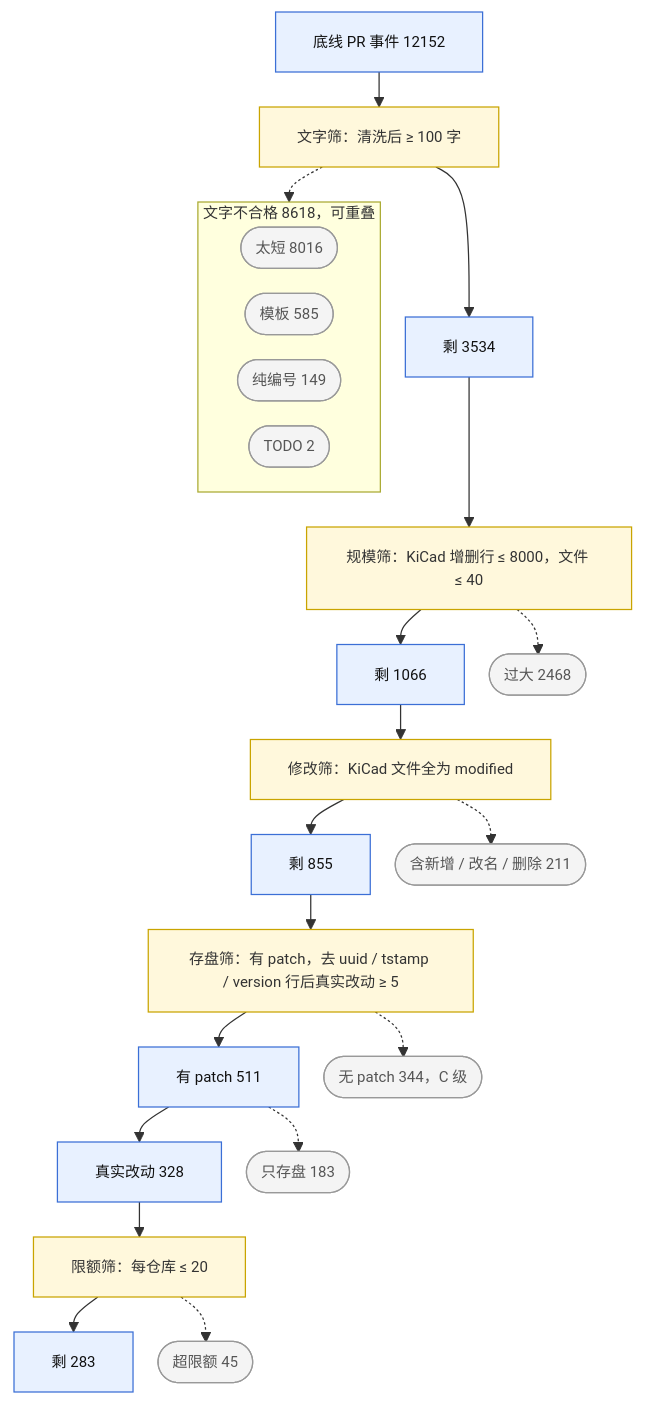
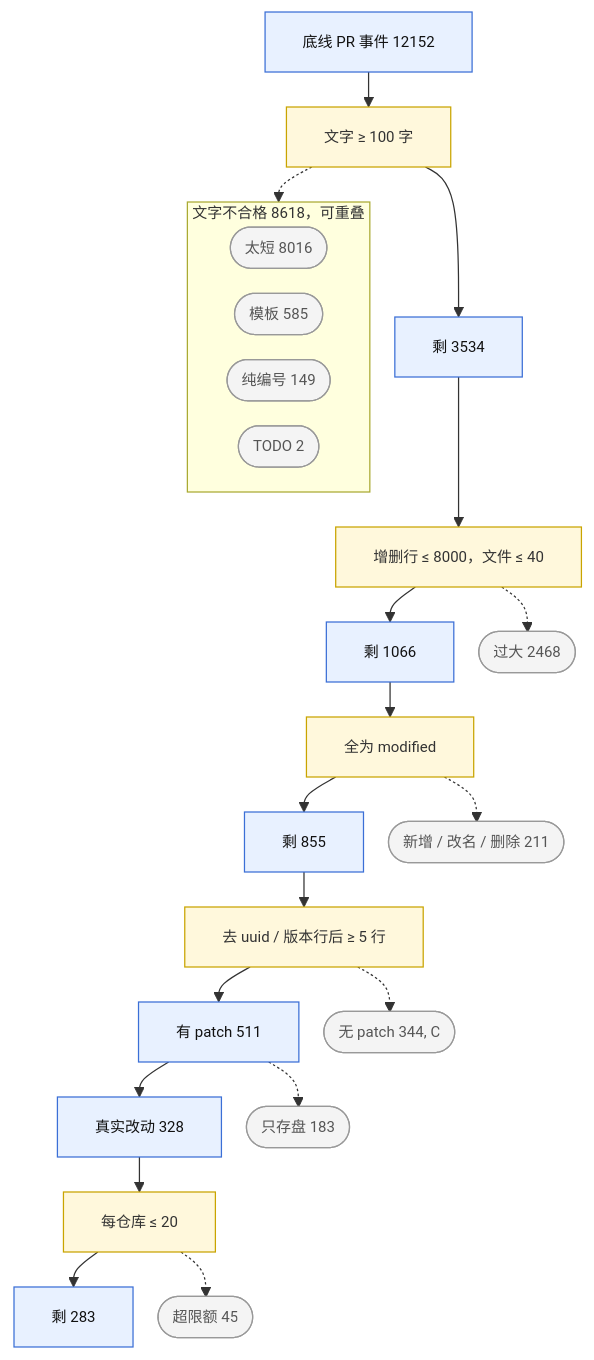
Before and after one commit to Xiafyjck/github_kicad_project_scout: the fourth of 5 diagrams in reports/progress_report.md, drawn with Mermaid. The commit also changed other lines of this file, not shown here.

Commit message:
reports: compress figure labels further

````diff
--- a/reports/progress_report.md
+++ b/reports/progress_report.md
@@ -214,36 +214,36 @@
 ```mermaid
 %%{init: {'themeVariables': {'fontSize': '12px'}, 'flowchart': {'nodeSpacing': 20, 'rankSpacing': 28}}}%%
 flowchart TB
     classDef exit fill:#f4f4f4,stroke:#999,color:#555
     classDef keep fill:#e8f1ff,stroke:#3b6fd6,color:#111
     classDef src fill:#f3e8ff,stroke:#7c4dbd,color:#111
     classDef rule fill:#fff8dc,stroke:#c9a400,color:#333
     classDef final fill:#e6f7e6,stroke:#2e8b57,color:#111
 
     P3[底线 PR 事件 12152]:::keep
-    P3 --> Rb[文字筛：清洗后 ≥ 100 字]:::rule
+    P3 --> Rb[文字 ≥ 100 字]:::rule
     Rb --> P4[剩 3534]:::keep
-    P4 --> Rc[规模筛：KiCad 增删行 ≤ 8000，文件 ≤ 40]:::rule
+    P4 --> Rc[增删行 ≤ 8000，文件 ≤ 40]:::rule
     Rc --> P5[剩 1066]:::keep
-    P5 --> Rd[修改筛：KiCad 文件全为 modified]:::rule
+    P5 --> Rd[全为 modified]:::rule
     Rd --> P6[剩 855]:::keep
-    P6 --> Re[存盘筛：有 patch，去 uuid / tstamp / version 行后真实改动 ≥ 5]:::rule
+    P6 --> Re[去 uuid / 版本行后 ≥ 5 行]:::rule
     Re --> P7[有 patch 511]:::keep
     P7 --> P8[真实改动 328]:::keep
-    P8 --> Rf[限额筛：每仓库 ≤ 20]:::rule
+    P8 --> Rf[每仓库 ≤ 20]:::rule
     Rf --> P9[剩 283]:::keep
 
     subgraph TX[文字不合格 8618，可重叠]
         direction LR
         PX4a([太短 8016]):::exit
         PX4b([模板 585]):::exit
         PX4c([纯编号 149]):::exit
         PX4d([TODO 2]):::exit
     end
     Rb -.-> TX
     Rc -.-> PX5([过大 2468]):::exit
-    Rd -.-> PX6([含新增 / 改名 / 删除 211]):::exit
-    Re -.-> PX7([无 patch 344，C 级]):::exit
+    Rd -.-> PX6([新增 / 改名 / 删除 211]):::exit
+    Re -.-> PX7([无 patch 344, C]):::exit
     P7 -.-> PX8([只存盘 183]):::exit
     Rf -.-> PX9([超限额 45]):::exit
 ```
````
